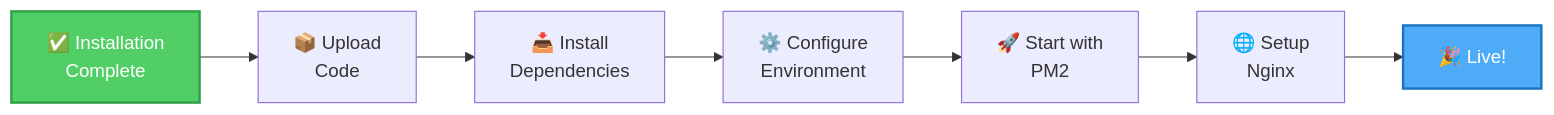
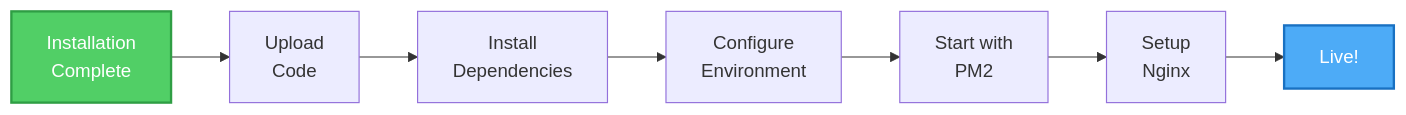
The fourth of 7 diagrams in README.md (naveed-gung/Auto-Server-Script), drawn with Mermaid before and after one commit. The commit also changed other lines of this file and 1 other file, not shown here.

````diff
--- a/README.md
+++ b/README.md
@@ -643,12 +618,12 @@
 ```mermaid
 graph LR
-    A[✅ Installation<br/>Complete] --> B[📦 Upload<br/>Code]
-    B --> C[📥 Install<br/>Dependencies]
-    C --> D[⚙️ Configure<br/>Environment]
-    D --> E[🚀 Start with<br/>PM2]
-    E --> F[🌐 Setup<br/>Nginx]
-    F --> G[🎉 Live!]
-    
-    style A fill:#51cf66,stroke:#2f9e44,stroke-width:2px,color:#fff
-    style G fill:#4dabf7,stroke:#1971c2,stroke-width:2px,color:#fff
+A[ Installation<br/>Complete] --> B[ Upload<br/>Code]
+B --> C[ Install<br/>Dependencies]
+C --> D[ Configure<br/>Environment]
+D --> E[ Start with<br/>PM2]
+E --> F[ Setup<br/>Nginx]
+F --> G[ Live!]
+
+style A fill:#51cf66,stroke:#2f9e44,stroke-width:2px,color:#fff
+style G fill:#4dabf7,stroke:#1971c2,stroke-width:2px,color:#fff
 ```
````
